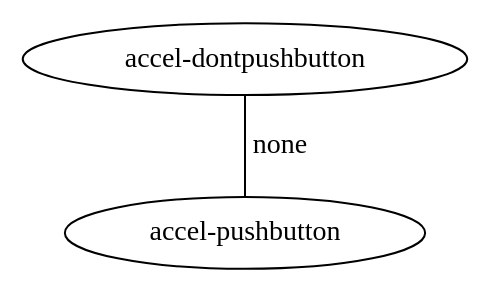
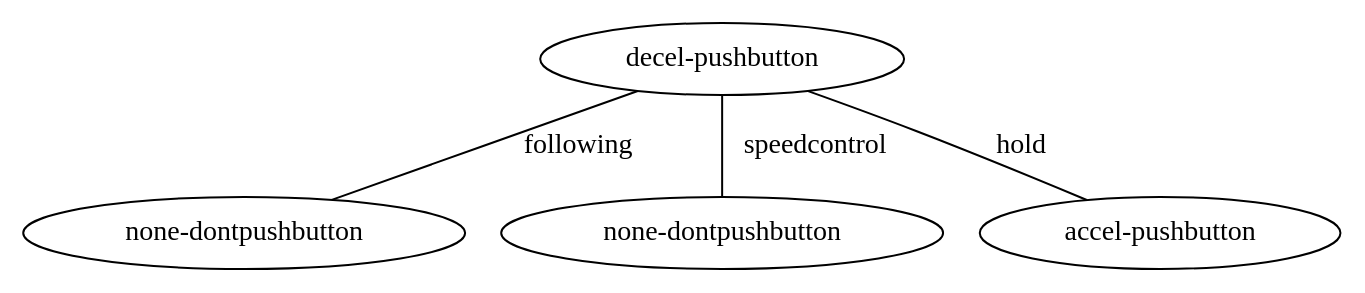
Before and after one commit to AlyssaLytle/DecPOMDP_Suite: the diagram in MADPtools/htree.dot, drawn with Graphviz. The commit also changed 44 other files, not shown here.

```diff
--- a/MADPtools/htree.dot
+++ b/MADPtools/htree.dot
@@ -1,6 +1,10 @@
 digraph human_tree {
 edge [dir=none];
-node0 [ label = "accel-dontpushbutton" ];
-node1 [ label = "accel-pushbutton" ];
-node0 -> node1 [label="none"];
+node0 [ label = "decel-pushbutton" ];
+node1 [ label = "none-dontpushbutton" ];
+node2 [ label = "none-dontpushbutton" ];
+node3 [ label = "accel-pushbutton" ];
+node0 -> node1 [label="following"];
+node0 -> node2 [label="speedcontrol"];
+node0 -> node3 [label="hold"];
 }
```
